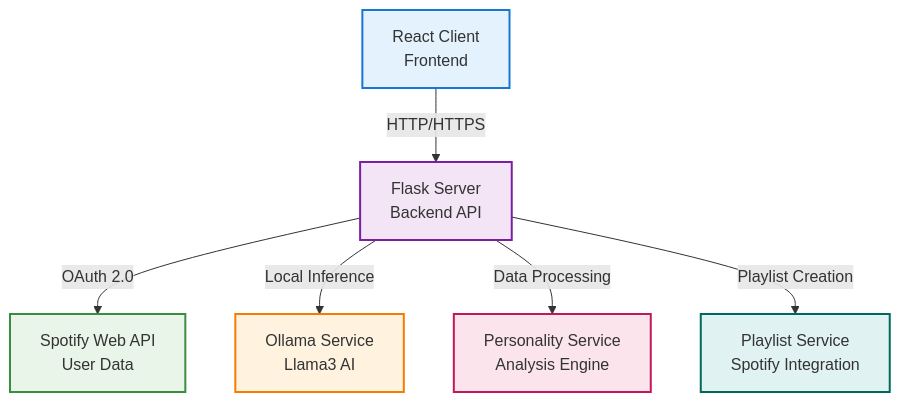
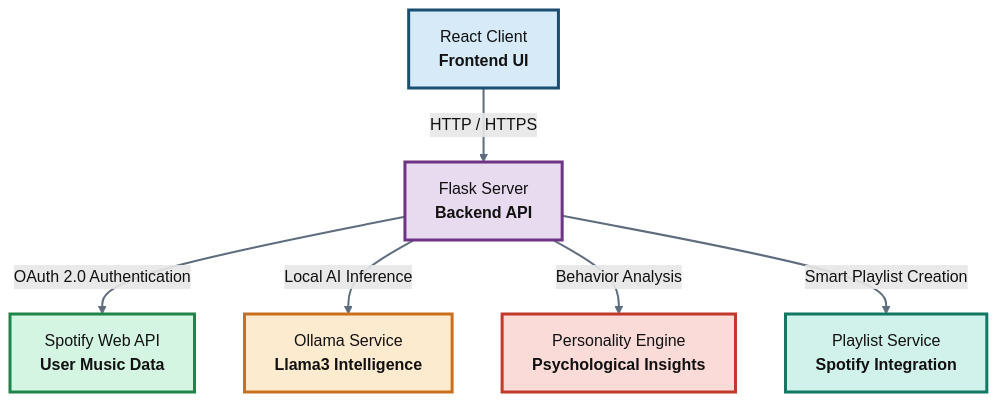
One commit to jatin-shewale/SonicPersona changed the diagram in README.md. Above: the diagram before and after it, drawn with Mermaid.

Commit message:
Update architecture diagram and styling in README

````diff
--- a/README.md
+++ b/README.md
@@ -26,15 +26,23 @@
 ```mermaid
 graph TD
-    A[React Client<br/>Frontend] -->|HTTP/HTTPS| B[Flask Server<br/>Backend API]
-    B -->|OAuth 2.0| C[Spotify Web API<br/>User Data]
-    B -->|Local Inference| D[Ollama Service<br/>Llama3 AI]
-    B -->|Data Processing| E[Personality Service<br/>Analysis Engine]
-    B -->|Playlist Creation| F[Playlist Service<br/>Spotify Integration]
-    
-    style A fill:#E3F2FD,stroke:#1976D2,stroke-width:2px
-    style B fill:#F3E5F5,stroke:#7B1FA2,stroke-width:2px
-    style C fill:#E8F5E8,stroke:#388E3C,stroke-width:2px
-    style D fill:#FFF3E0,stroke:#F57C00,stroke-width:2px
-    style E fill:#FCE4EC,stroke:#C2185B,stroke-width:2px
-    style F fill:#E0F2F1,stroke:#00695C,stroke-width:2px
+    A["React Client<br/><b>Frontend UI</b>"] -->|HTTP / HTTPS| B["Flask Server<br/><b>Backend API</b>"]
+    B -->|OAuth 2.0 Authentication| C["Spotify Web API<br/><b>User Music Data</b>"]
+    B -->|Local AI Inference| D["Ollama Service<br/><b>Llama3 Intelligence</b>"]
+    B -->|Behavior Analysis| E["Personality Engine<br/><b>Psychological Insights</b>"]
+    B -->|Smart Playlist Creation| F["Playlist Service<br/><b>Spotify Integration</b>"]
+
+    %% Node Styling
+    style A fill:#D6EAF8,stroke:#1B4F72,stroke-width:3px,color:#111111
+    style B fill:#E8DAEF,stroke:#6C3483,stroke-width:3px,color:#111111
+    style C fill:#D5F5E3,stroke:#1E8449,stroke-width:3px,color:#111111
+    style D fill:#FDEBD0,stroke:#CA6F1E,stroke-width:3px,color:#111111
+    style E fill:#FADBD8,stroke:#C0392B,stroke-width:3px,color:#111111
+    style F fill:#D1F2EB,stroke:#117864,stroke-width:3px,color:#111111
+
+    %% Link Styling
+    linkStyle 0 stroke:#5D6D7E,stroke-width:2px,color:#111111
+    linkStyle 1 stroke:#5D6D7E,stroke-width:2px,color:#111111
+    linkStyle 2 stroke:#5D6D7E,stroke-width:2px,color:#111111
+    linkStyle 3 stroke:#5D6D7E,stroke-width:2px,color:#111111
+    linkStyle 4 stroke:#5D6D7E,stroke-width:2px,color:#111111
 ```
````
